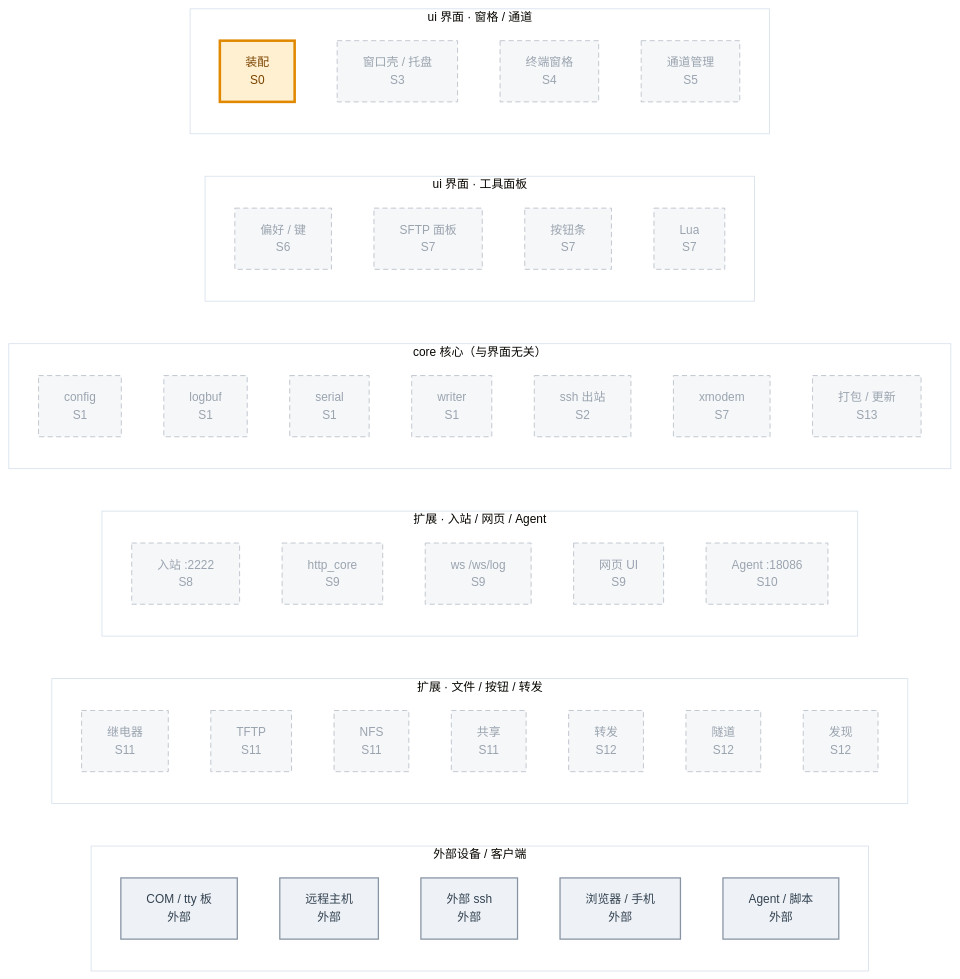
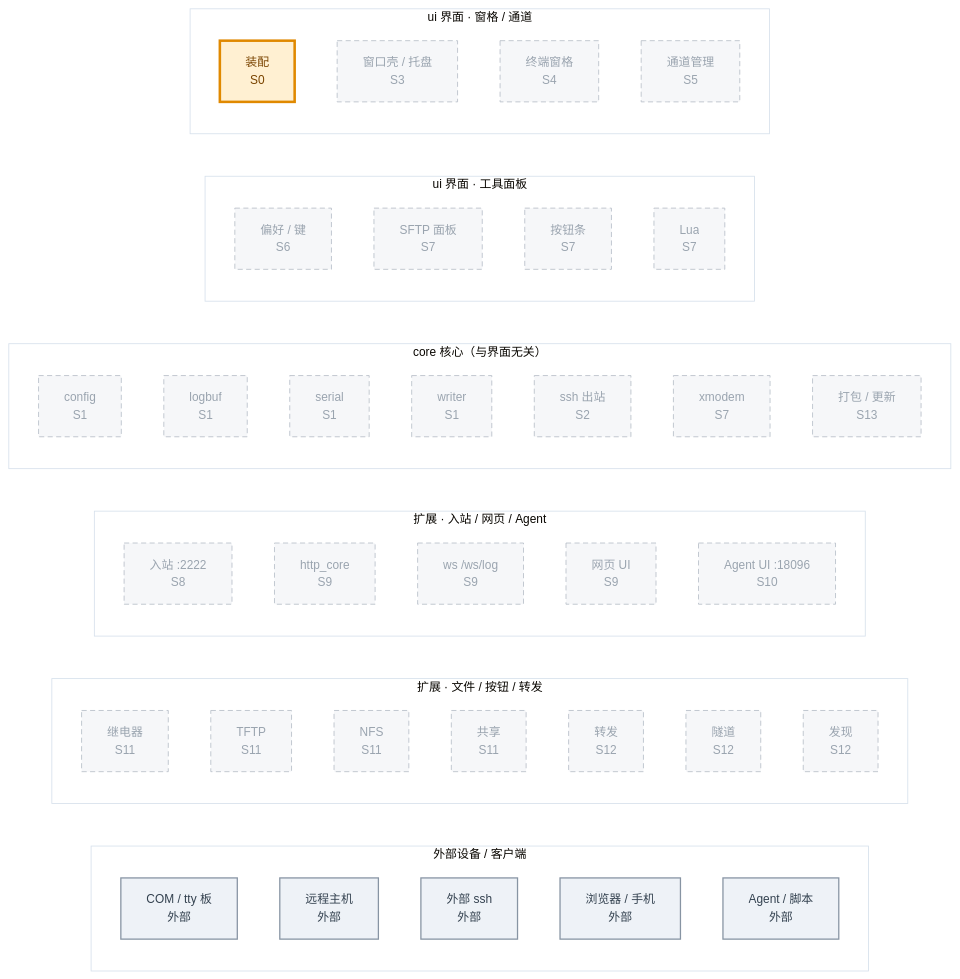
The first of 14 diagrams in docs/阶梯架构图.md (yanggan2015/ssh-bridge-v3), drawn with Mermaid before and after one commit. The commit also changed other lines of this file and 7 other files, not shown here.

````diff
--- a/docs/阶梯架构图.md
+++ b/docs/阶梯架构图.md
@@ -45,58 +45,58 @@
 ```mermaid
 %%{init: {'theme':'base','themeVariables':{'clusterBkg':'#ffffff','clusterBorder':'#d7e1ec','fontFamily':'Microsoft YaHei, sans-serif','fontSize':'14px','lineColor':'#8794a3'},'flowchart':{'htmlLabels':false,'useMaxWidth':true}}}%%
 flowchart LR
   classDef ext fill:#eef2f7,stroke:#8794a3,stroke-width:1.5px,color:#33414f
   classDef done fill:#e6f6ec,stroke:#2f9e63,stroke-width:2px,color:#14532d
   classDef cur fill:#fff0d2,stroke:#e08900,stroke-width:3px,color:#7a4400
   classDef plan fill:#f6f7f9,stroke:#b9c0c9,stroke-width:1px,color:#9aa4af,stroke-dasharray:6 4
   subgraph OUT["外部设备 / 客户端"]
     direction TB
     E_COM["COM / tty 板<br/>外部"]:::ext
     E_HOST["远程主机<br/>外部"]:::ext
     E_CLI["外部 ssh<br/>外部"]:::ext
     E_BR["浏览器 / 手机<br/>外部"]:::ext
     E_AG["Agent / 脚本<br/>外部"]:::ext
   end
   subgraph GSVC2["扩展 · 文件 / 按钮 / 转发"]
     direction TB
     REL["继电器<br/>S11"]:::plan
     TFTP["TFTP<br/>S11"]:::plan
     NFS["NFS<br/>S11"]:::plan
     SHR["共享<br/>S11"]:::plan
     FWD["转发<br/>S12"]:::plan
     TUN["隧道<br/>S12"]:::plan
     DSC["发现<br/>S12"]:::plan
   end
   subgraph GSVC1["扩展 · 入站 / 网页 / Agent"]
     direction TB
     INB["入站 :2222<br/>S8"]:::plan
     HTTP["http_core<br/>S9"]:::plan
     WS["ws /ws/log<br/>S9"]:::plan
     WEB["网页 UI<br/>S9"]:::plan
-    AGT["Agent :18086<br/>S10"]:::plan
+    AGT["Agent UI :18096<br/>S10"]:::plan
   end
   subgraph GCORE["core 核心（与界面无关）"]
     direction TB
     CFG["config<br/>S1"]:::plan
     LOGB["logbuf<br/>S1"]:::plan
     SER["serial<br/>S1"]:::plan
     WR["writer<br/>S1"]:::plan
     SSHOB["ssh 出站<br/>S2"]:::plan
     XMOD["xmodem<br/>S7"]:::plan
     UPD["打包 / 更新<br/>S13"]:::plan
   end
   subgraph GUI2["ui 界面 · 工具面板"]
     direction TB
     PREFS["偏好 / 键<br/>S6"]:::plan
     SFTP["SFTP 面板<br/>S7"]:::plan
     BTN["按钮条<br/>S7"]:::plan
     LUA["Lua<br/>S7"]:::plan
   end
   subgraph GUI1["ui 界面 · 窗格 / 通道"]
     direction TB
     APP["装配<br/>S0"]:::cur
     SHELL["窗口壳 / 托盘<br/>S3"]:::plan
     TERM["终端窗格<br/>S4"]:::plan
     MGMT["通道管理<br/>S5"]:::plan
   end
 ```
````
